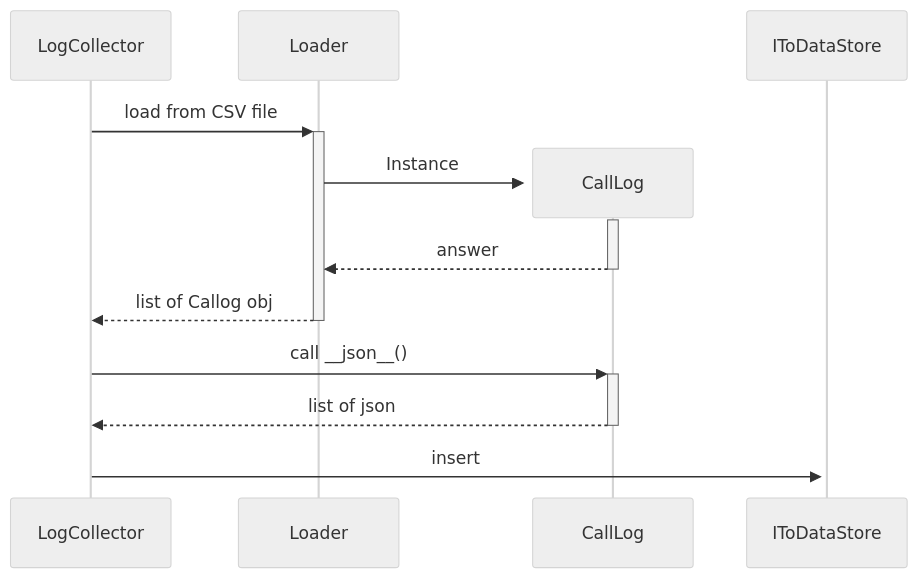
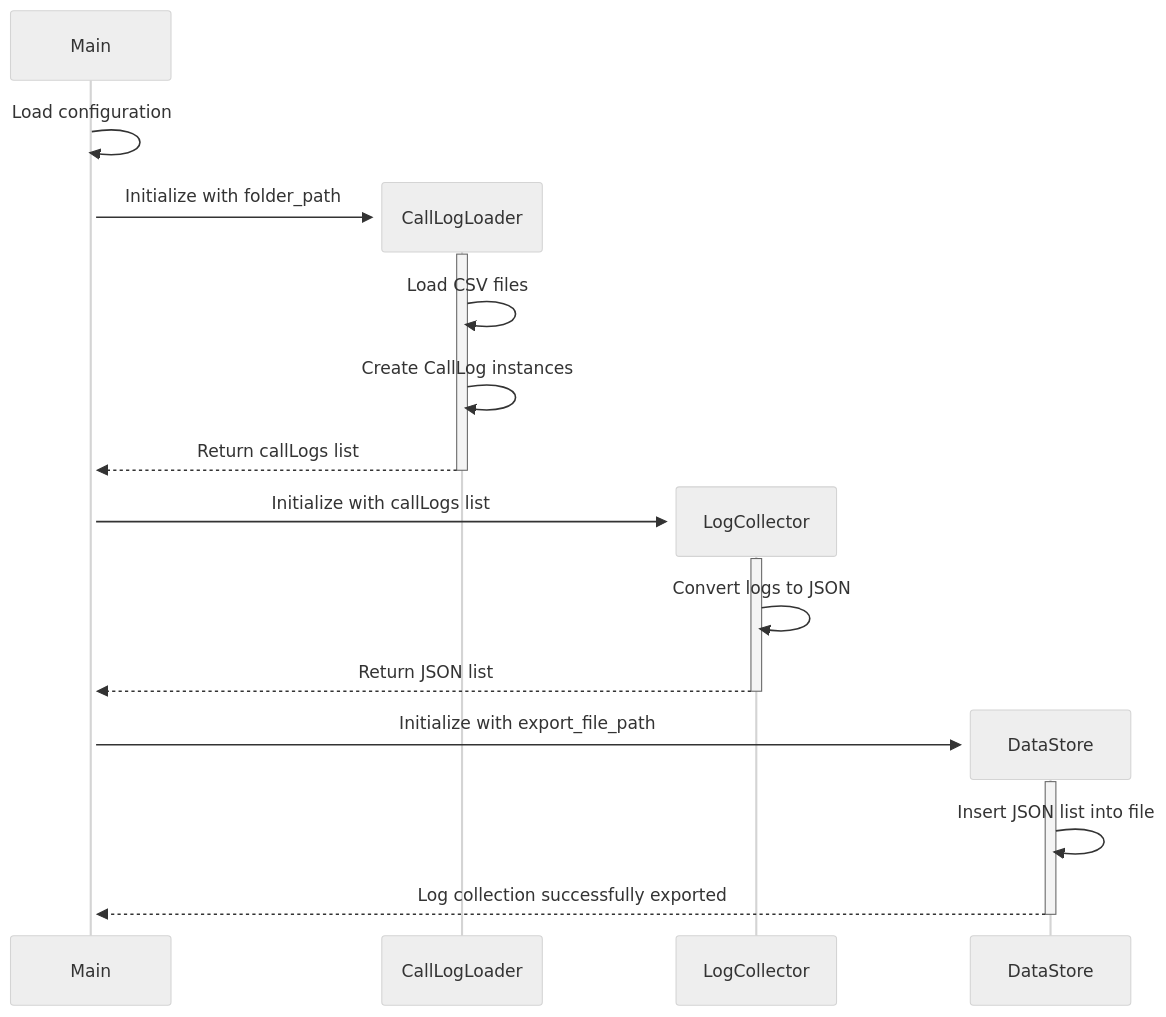
The third of 5 diagrams in docs/drs.md (Davide-OttoneCasagrande/Call-Log-Handler), drawn with Mermaid (neutral theme) before and after one commit. The commit also changed other lines of this file and 5 other files, not shown here.

```diff
--- a/docs/drs.md
+++ b/docs/drs.md
@@ -213,11 +219,23 @@
 ::: mermaid
-sequenceDiagram
-LogCollector->>+Loader: load from CSV file
-create participant CallLog
-Loader->>+CallLog: Instance
-CallLog-->>-Loader: answer
-Loader-->>-LogCollector: list of Callog obj
-LogCollector->>+CallLog: call __json__()
-CallLog-->>-LogCollector: list of json 
-LogCollector->>+IToDataStore:insert
+ sequenceDiagram
+    participant Main
+
+    Main->>+Main: Load configuration
+
+    create participant CallLogLoader 
+    Main->>+CallLogLoader: Initialize with folder_path
+    CallLogLoader->>CallLogLoader: Load CSV files
+    CallLogLoader->>CallLogLoader: Create CallLog instances
+    CallLogLoader-->>-Main: Return callLogs list
+
+    create participant LogCollector
+    Main->>+LogCollector: Initialize with callLogs list
+    LogCollector->>LogCollector: Convert logs to JSON
+    LogCollector-->>-Main: Return JSON list
+
+    create participant DataStore
+    Main->>+DataStore: Initialize with export_file_path
+    DataStore->>DataStore: Insert JSON list into file
+    DataStore-->>-Main: Log collection successfully exported 
+
 :::
```
